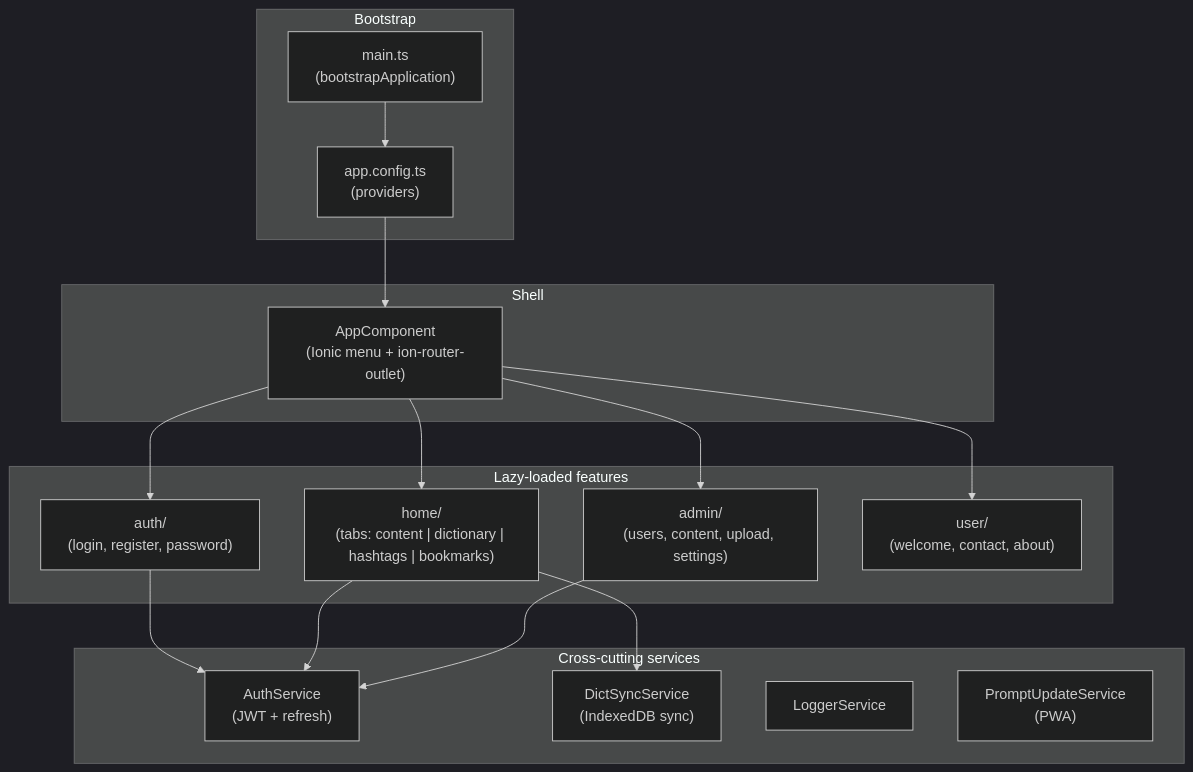
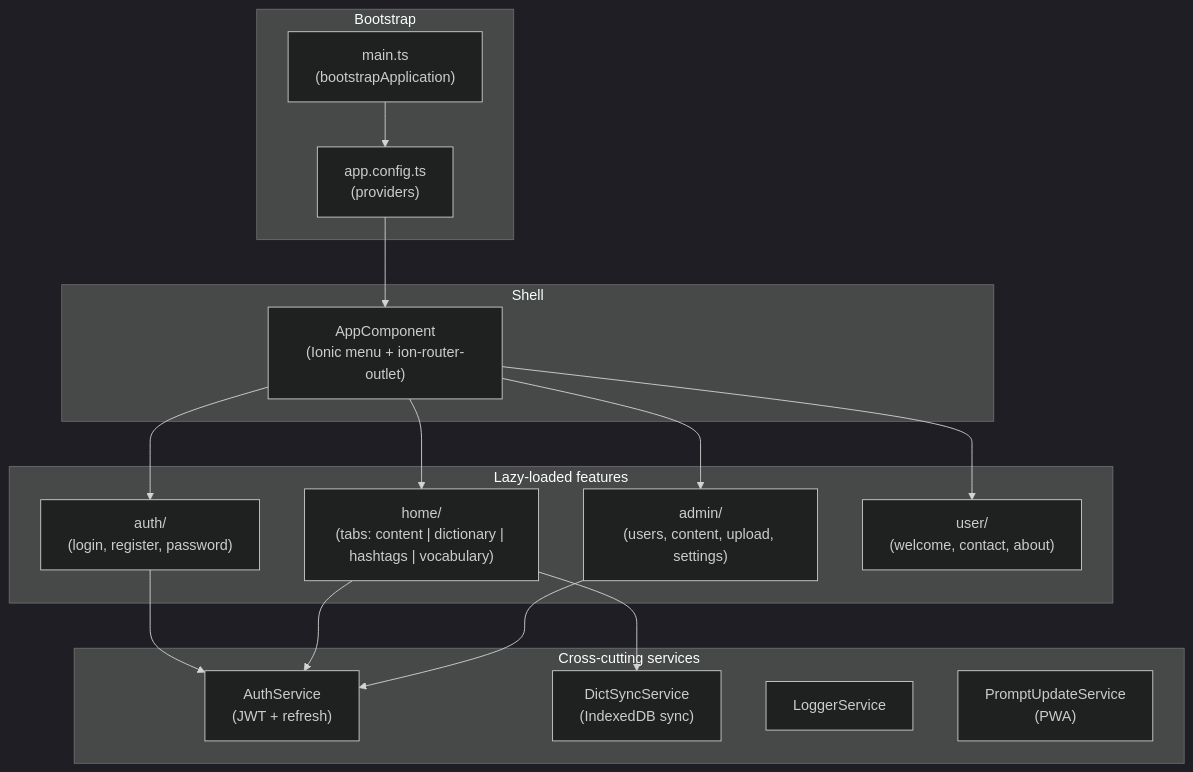
The first of 8 diagrams in apps/taalwiz-web/ARCHITECTURE.md (remarcmij/taalwiz-mono), drawn with Mermaid (dark theme) before and after one commit. The commit also changed other lines of this file, not shown here.

First line of the commit message:
docs: finish ARCHITECTURE.md update for vocabulary rename

````diff
--- a/apps/taalwiz-web/ARCHITECTURE.md
+++ b/apps/taalwiz-web/ARCHITECTURE.md
@@ -22,36 +22,36 @@
 ```mermaid
 graph TD
     subgraph Bootstrap
         main["main.ts\n(bootstrapApplication)"]
         config["app.config.ts\n(providers)"]
     end
 
     subgraph Shell
         app["AppComponent\n(Ionic menu + ion-router-outlet)"]
     end
 
     subgraph Features ["Lazy-loaded features"]
         auth["auth/\n(login, register, password)"]
-        home["home/\n(tabs: content | dictionary | hashtags | bookmarks)"]
+        home["home/\n(tabs: content | dictionary | hashtags | vocabulary)"]
         admin["admin/\n(users, content, upload, settings)"]
         user["user/\n(welcome, contact, about)"]
     end
 
     subgraph CrossCutting ["Cross-cutting services"]
         authSvc["AuthService\n(JWT + refresh)"]
         dictSync["DictSyncService\n(IndexedDB sync)"]
         logger["LoggerService"]
         swUpdate["PromptUpdateService\n(PWA)"]
     end
 
     main --> config
     config --> app
     app --> auth
     app --> home
     app --> admin
     app --> user
     auth --> authSvc
     home --> authSvc
     home --> dictSync
     admin --> authSvc
 ```
````
